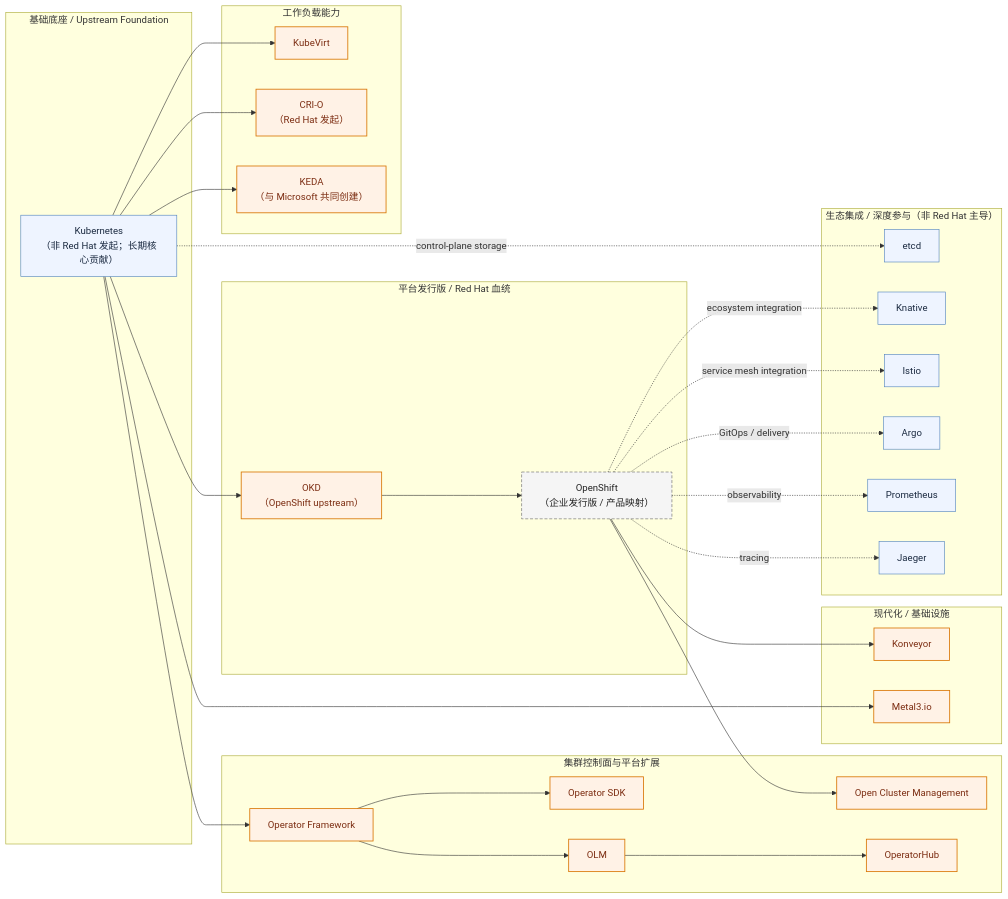
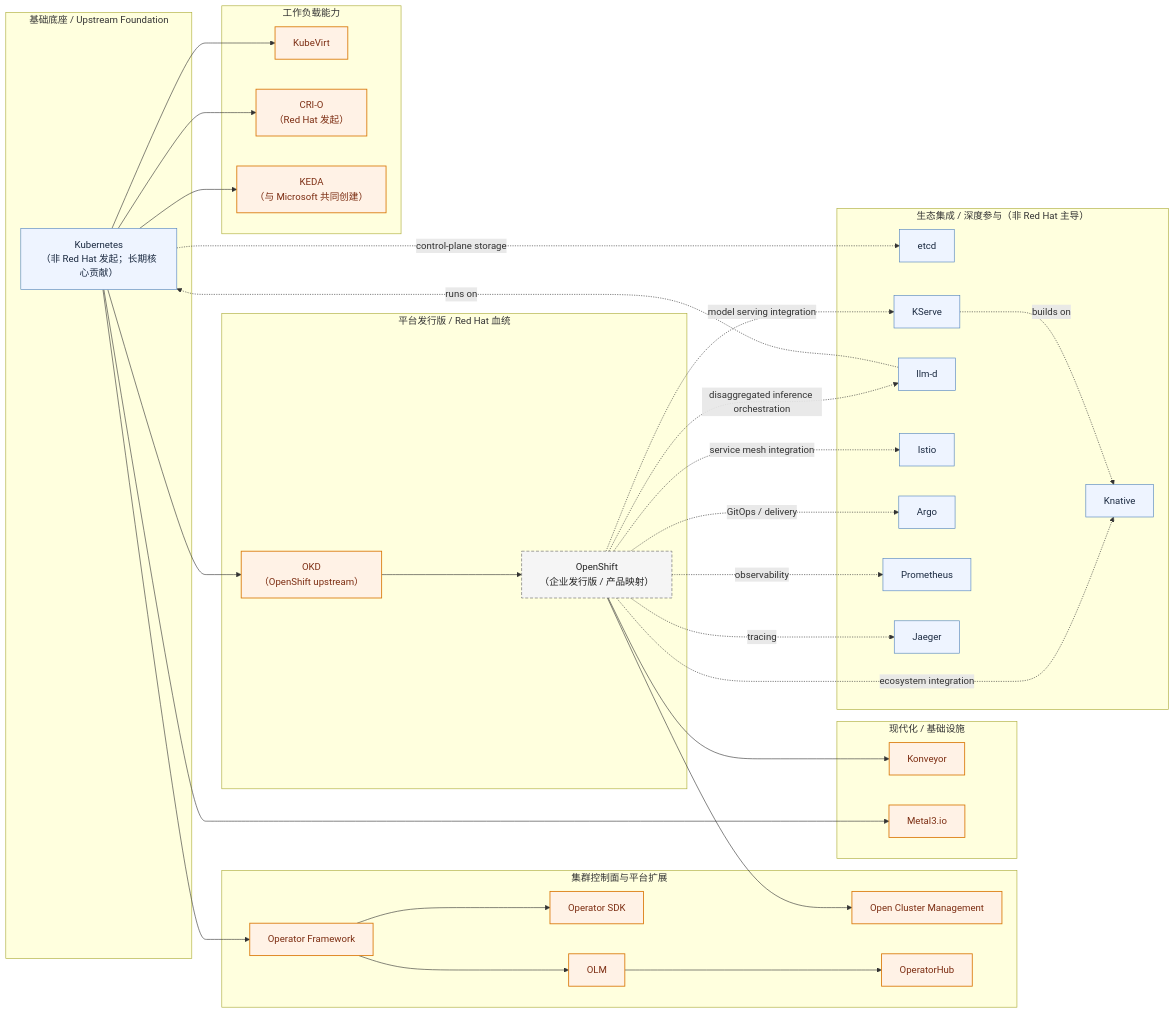
The diagram in case-study/redhat.md (pacoxu/AI-Infra), drawn with Mermaid before and after one commit. The commit also changed other lines of this file and 2 other files, not shown here.

Commit message:
case-study: add requested AI ecosystem updates

````diff
--- a/case-study/redhat.md
+++ b/case-study/redhat.md
@@ -5,69 +5,75 @@
 ```mermaid
 flowchart LR
   subgraph BASE["基础底座 / Upstream Foundation"]
     K8S["Kubernetes\n（非 Red Hat 发起；长期核心贡献）"]
   end
 
   subgraph PLATFORM["平台发行版 / Red Hat 血统"]
     OKD["OKD\n（OpenShift upstream）"]
     OCP["OpenShift\n（企业发行版 / 产品映射）"]
   end
 
   subgraph CONTROL["集群控制面与平台扩展"]
     OCM["Open Cluster Management"]
     OF["Operator Framework"]
     SDK["Operator SDK"]
     OLM["OLM"]
     OH["OperatorHub"]
   end
 
   subgraph WORKLOAD["工作负载能力"]
     KV["KubeVirt"]
     CRIO["CRI-O\n（Red Hat 发起）"]
     KEDA["KEDA\n（与 Microsoft 共同创建）"]
   end
 
   subgraph INFRA["现代化 / 基础设施"]
     KONV["Konveyor"]
     M3["Metal3.io"]
   end
 
   subgraph ECO["生态集成 / 深度参与（非 Red Hat 主导）"]
     ETCD["etcd"]
     KN["Knative"]
+    KSERVE["KServe"]
+    LLMD["llm-d"]
     ISTIO["Istio"]
     ARGO["Argo"]
     PROM["Prometheus"]
     JAE["Jaeger"]
   end
 
   K8S --> OKD
   OKD --> OCP
 
   K8S --> OF
   OF --> SDK
   OF --> OLM
   OLM --> OH
   OCP --> OCM
 
   K8S --> KV
   K8S --> CRIO
   K8S --> KEDA
   OCP --> KONV
   K8S --> M3
 
   K8S -. control-plane storage .-> ETCD
   OCP -. ecosystem integration .-> KN
+  OCP -. model serving integration .-> KSERVE
+  OCP -. disaggregated inference orchestration .-> LLMD
   OCP -. service mesh integration .-> ISTIO
   OCP -. GitOps / delivery .-> ARGO
   OCP -. observability .-> PROM
   OCP -. tracing .-> JAE
+  KSERVE -. builds on .-> KN
+  LLMD -. runs on .-> K8S
 
   classDef rh fill:#fff2e6,stroke:#d97706,color:#7c2d12,stroke-width:1.4px;
   classDef eco fill:#eef4ff,stroke:#4f81bd,color:#1b2a41,stroke-width:1px;
   classDef prod fill:#f5f5f5,stroke:#666,color:#222,stroke-dasharray: 5 3;
 
   class OKD,OCM,OF,SDK,OLM,OH,KV,CRIO,KEDA,KONV,M3 rh;
-  class ETCD,K8S,KN,ISTIO,ARGO,PROM,JAE eco;
+  class ETCD,K8S,KN,KSERVE,LLMD,ISTIO,ARGO,PROM,JAE eco;
   class OCP prod;
 ```
````
